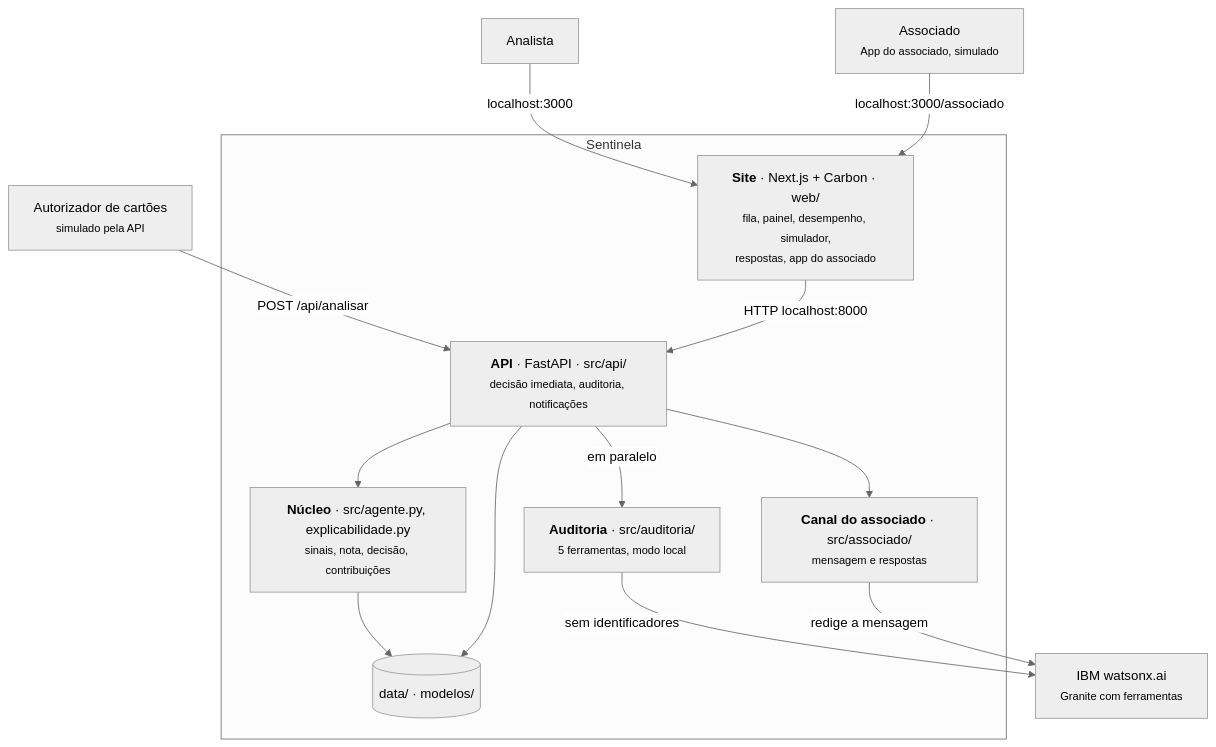
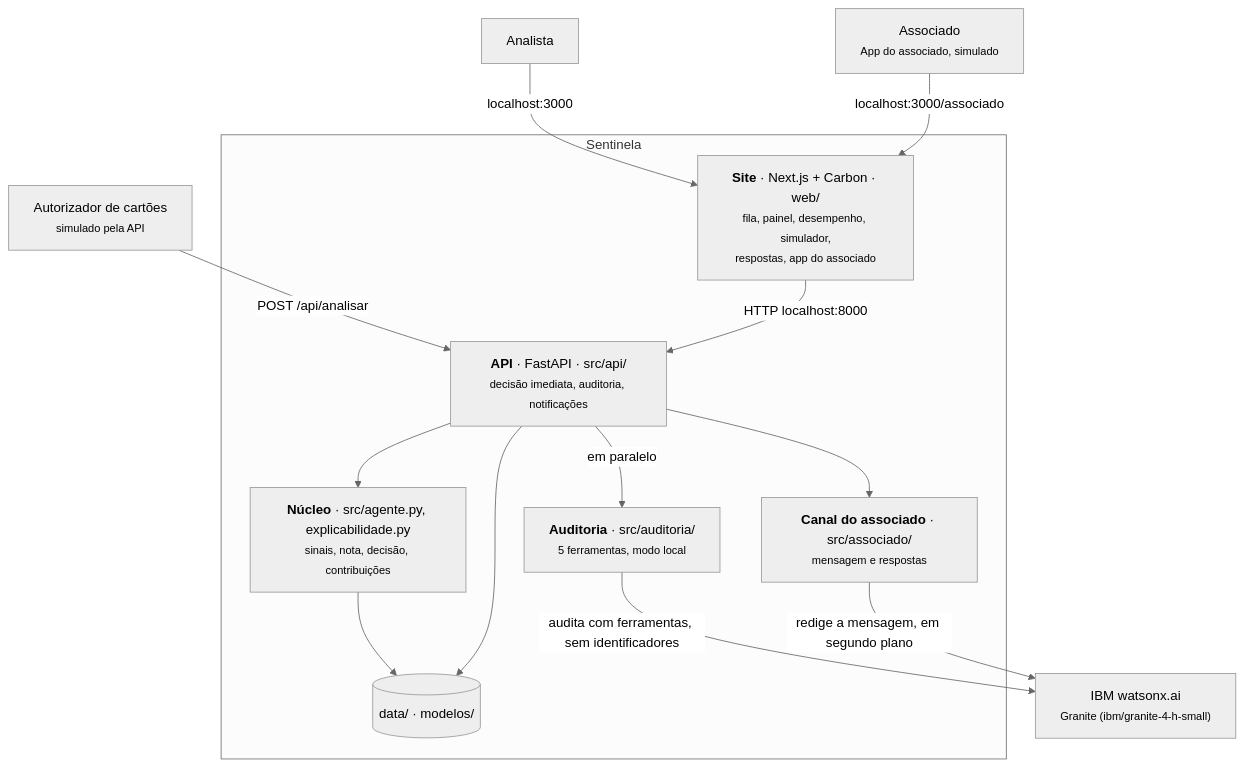
One commit to PedroMLegnaghi/Sentinela_IBM_SkillsBuildAILab_Sicredi_challenge changed the first of 2 diagrams in docs/arquitetura.md. Above: the diagram before and after it, drawn with Mermaid (neutral theme). The commit also changed other lines of this file and 1 other file, not shown here.

````diff
--- a/docs/arquitetura.md
+++ b/docs/arquitetura.md
@@ -9,29 +10,29 @@
 ```mermaid
 graph TB
     ANA["Analista"]
     ASS["Associado<br/><small>App do associado, simulado</small>"]
     AUT["Autorizador de cartões<br/><small>simulado pela API</small>"]
 
     subgraph Sentinela["Sentinela"]
         SITE["<b>Site</b> · Next.js + Carbon · web/<br/><small>fila, painel, desempenho, simulador,<br/>respostas, app do associado</small>"]
         API["<b>API</b> · FastAPI · src/api/<br/><small>decisão imediata, auditoria, notificações</small>"]
         NUC["<b>Núcleo</b> · src/agente.py, explicabilidade.py<br/><small>sinais, nota, decisão, contribuições</small>"]
         AUD["<b>Auditoria</b> · src/auditoria/<br/><small>5 ferramentas, modo local</small>"]
         CAN["<b>Canal do associado</b> · src/associado/<br/><small>mensagem e respostas</small>"]
         ARQ[("data/ · modelos/")]
     end
 
-    WX["IBM watsonx.ai<br/><small>Granite com ferramentas</small>"]
+    WX["IBM watsonx.ai<br/><small>Granite (ibm/granite-4-h-small)</small>"]
 
     ANA -->|"localhost:3000"| SITE
     ASS -->|"localhost:3000/associado"| SITE
     AUT -->|"POST /api/analisar"| API
     SITE -->|"HTTP localhost:8000"| API
     API --> NUC
     API -->|"em paralelo"| AUD
     API --> CAN
-    AUD -->|"sem identificadores"| WX
-    CAN -->|"redige a mensagem"| WX
+    AUD -->|"audita com ferramentas, sem identificadores"| WX
+    CAN -->|"redige a mensagem, em segundo plano"| WX
     NUC --> ARQ
     API --> ARQ
 ```
````
